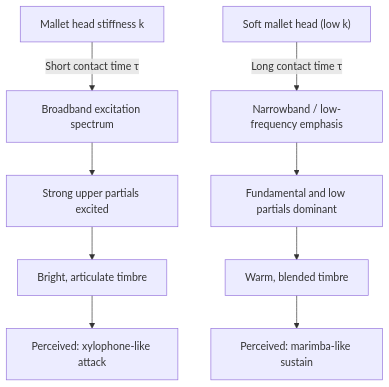
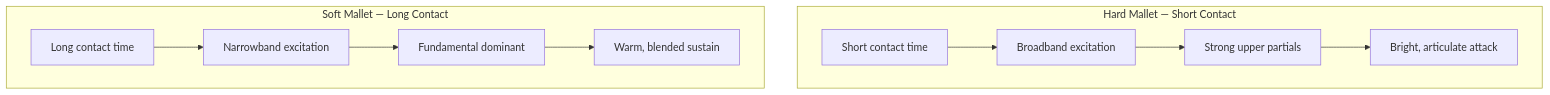
The first of 7 diagrams in topics/arts/music_performance/percussion/lesson_01_mallet_techniques.md (blebleblee/synapse), drawn with Mermaid before and after one commit. The commit also changed other lines of this file and 4 other files, not shown here.

````diff
--- a/topics/arts/music_performance/percussion/lesson_01_mallet_techniques.md
+++ b/topics/arts/music_performance/percussion/lesson_01_mallet_techniques.md
@@ -54,11 +40,13 @@
 ```mermaid
 graph TD
-    A["Mallet head stiffness k"] -->|"Short contact time τ"| B["Broadband excitation spectrum"]
-    A2["Soft mallet head (low k)"] -->|"Long contact time τ"| C["Narrowband / low-frequency emphasis"]
-    B --> D["Strong upper partials excited"]
-    C --> E["Fundamental and low partials dominant"]
-    D --> F["Bright, articulate timbre"]
-    E --> G["Warm, blended timbre"]
-    F --> H["Perceived: xylophone-like attack"]
-    G --> I["Perceived: marimba-like sustain"]
+    subgraph sub_hard ["Hard Mallet — Short Contact"]
+        A1["Short contact time"] --> B1["Broadband excitation"]
+        B1 --> C1["Strong upper partials"]
+        C1 --> D1["Bright, articulate attack"]
+    end
+    subgraph sub_soft ["Soft Mallet — Long Contact"]
+        A2["Long contact time"] --> B2["Narrowband excitation"]
+        B2 --> C2["Fundamental dominant"]
+        C2 --> D2["Warm, blended sustain"]
+    end
 ```
````
